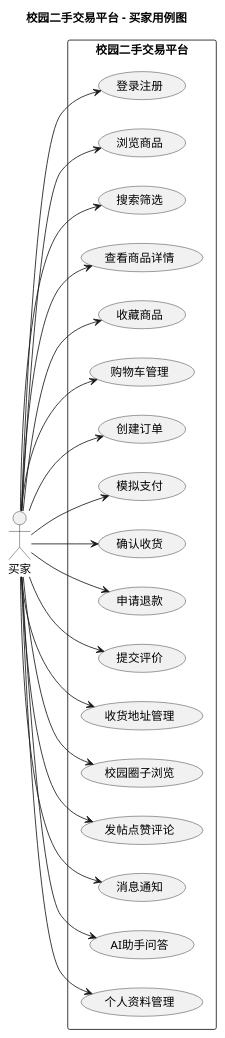
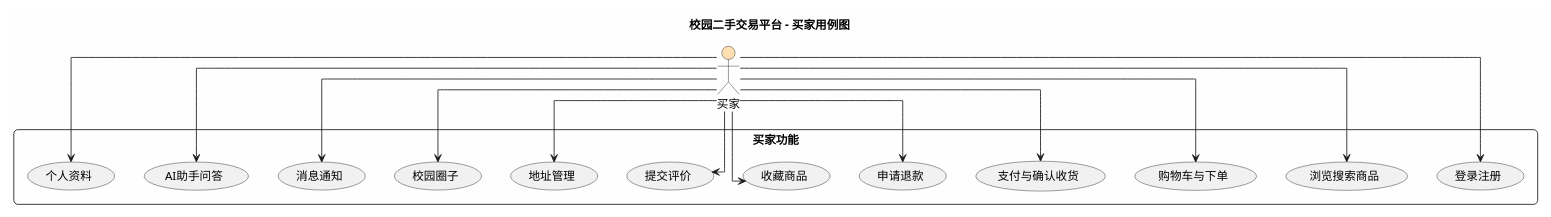
The diagram in docs/usecase-buyer.puml (RYELOBE/hmapp01), drawn with PlantUML before and after one commit. The commit also changed 2 other files, not shown here.

```diff
--- a/docs/usecase-buyer.puml
+++ b/docs/usecase-buyer.puml
@@ -1,49 +1,39 @@
 @startuml
-left to right direction
+skinparam backgroundColor #FEFEFE
+skinparam shadowing false
+skinparam roundcorner 10
+skinparam linetype ortho
 
-' 买家用例图
 title 校园二手交易平台 - 买家用例图
 
-actor "买家" as buyer
+actor "买家" as buyer #FFE0B2
 
-rectangle "校园二手交易平台" {
-  
-  usecase "登录注册" as UC1
-  usecase "浏览商品" as UC2
-  usecase "搜索筛选" as UC3
-  usecase "查看商品详情" as UC4
-  usecase "收藏商品" as UC5
-  usecase "购物车管理" as UC6
-  usecase "创建订单" as UC7
-  usecase "模拟支付" as UC8
-  usecase "确认收货" as UC9
-  usecase "申请退款" as UC10
-  usecase "提交评价" as UC11
-  usecase "收货地址管理" as UC12
-  usecase "校园圈子浏览" as UC13
-  usecase "发帖点赞评论" as UC14
-  usecase "消息通知" as UC15
-  usecase "AI助手问答" as UC16
-  usecase "个人资料管理" as UC17
-  
+rectangle "买家功能" {
+    usecase "登录注册" as UC1
+    usecase "浏览搜索商品" as UC2
+    usecase "购物车与下单" as UC3
+    usecase "支付与确认收货" as UC4
+    usecase "申请退款" as UC5
+    usecase "收藏商品" as UC6
+    usecase "提交评价" as UC7
+    usecase "地址管理" as UC8
+    usecase "校园圈子" as UC9
+    usecase "消息通知" as UC10
+    usecase "AI助手问答" as UC11
+    usecase "个人资料" as UC12
 }
 
 buyer --> UC1
 buyer --> UC2
 buyer --> UC3
 buyer --> UC4
 buyer --> UC5
 buyer --> UC6
 buyer --> UC7
 buyer --> UC8
 buyer --> UC9
 buyer --> UC10
 buyer --> UC11
 buyer --> UC12
-buyer --> UC13
-buyer --> UC14
-buyer --> UC15
-buyer --> UC16
-buyer --> UC17
 
 @enduml
```
